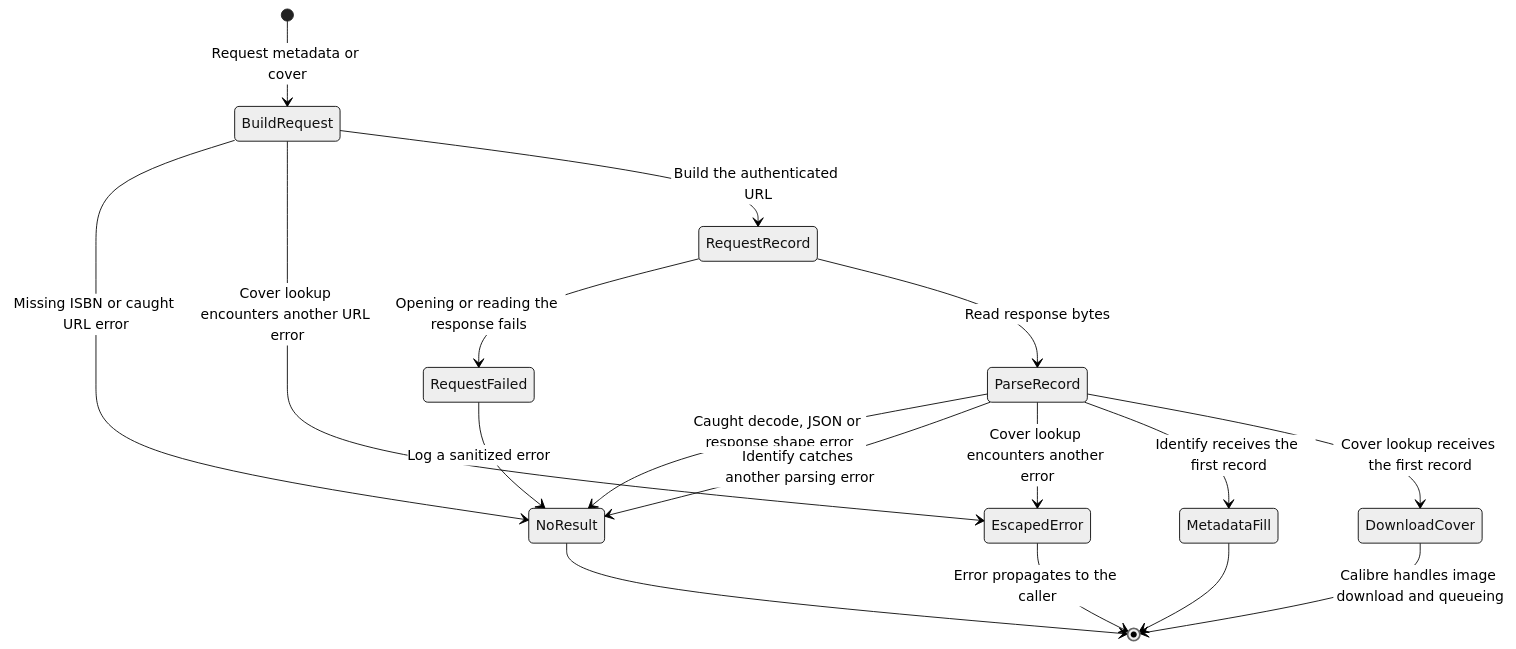
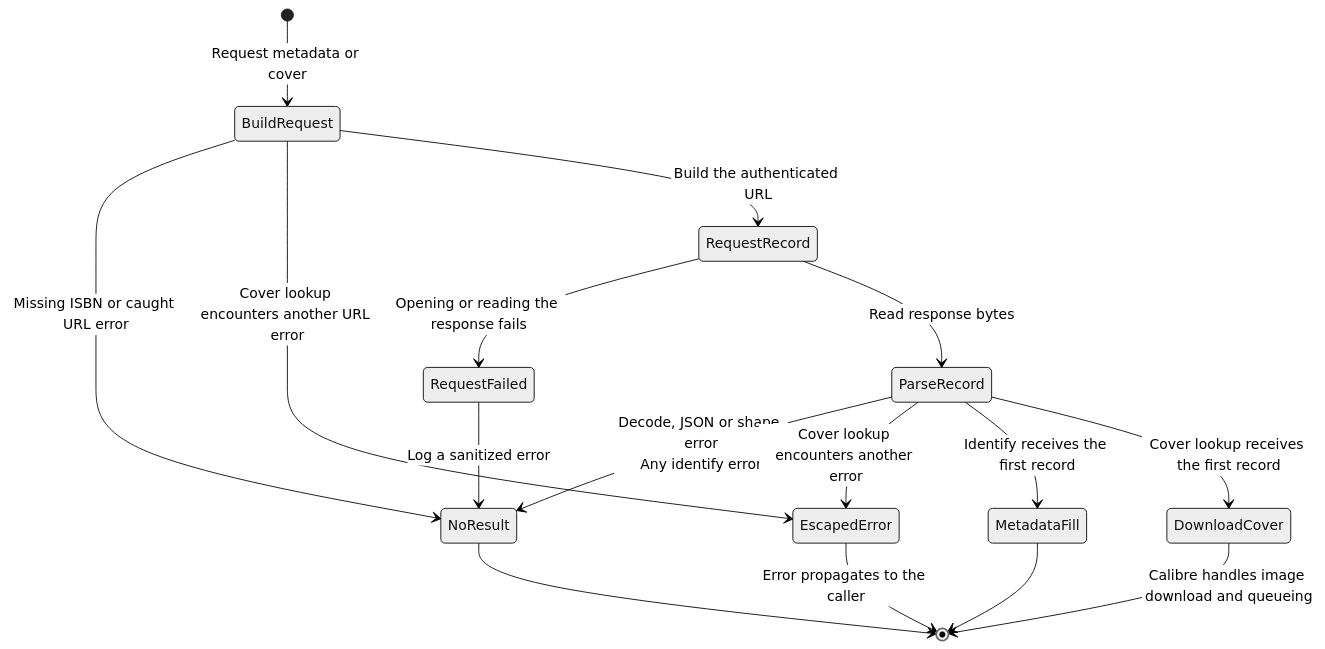
One commit to ririnto/Calibre-Korea-ISBN-Metadata-Plugin changed the third of 3 diagrams in README.md. Above: the diagram before and after it, drawn with Mermaid (neutral theme).

Commit message:
Keep lookup diagram error labels legible
Two parallel parse-error transitions to NoResult overlap in the rendered diagram.

- Combine the labels on one transition with a line break.
- Keep the shared decode, JSON, and shape failures and the broader identify error case.
- Verify the README at two viewport widths and run the contributor checks.

````diff
--- a/README.md
+++ b/README.md
@@ -99,19 +99,18 @@
 ```mermaid
 stateDiagram-v2
     [*] --> BuildRequest: Request metadata or cover
     BuildRequest --> NoResult: Missing ISBN or caught URL error
     BuildRequest --> EscapedError: Cover lookup encounters another URL error
     BuildRequest --> RequestRecord: Build the authenticated URL
     RequestRecord --> RequestFailed: Opening or reading the response fails
     RequestRecord --> ParseRecord: Read response bytes
-    ParseRecord --> NoResult: Caught decode, JSON or response shape error
-    ParseRecord --> NoResult: Identify catches another parsing error
+    ParseRecord --> NoResult: Decode, JSON or shape error<br/>Any identify error
     ParseRecord --> EscapedError: Cover lookup encounters another error
     ParseRecord --> MetadataFill: Identify receives the first record
     ParseRecord --> DownloadCover: Cover lookup receives the first record
     RequestFailed --> NoResult: Log a sanitized error
     MetadataFill --> [*]
     DownloadCover --> [*]: Calibre handles image download and queueing
     EscapedError --> [*]: Error propagates to the caller
     NoResult --> [*]
 ```
````
